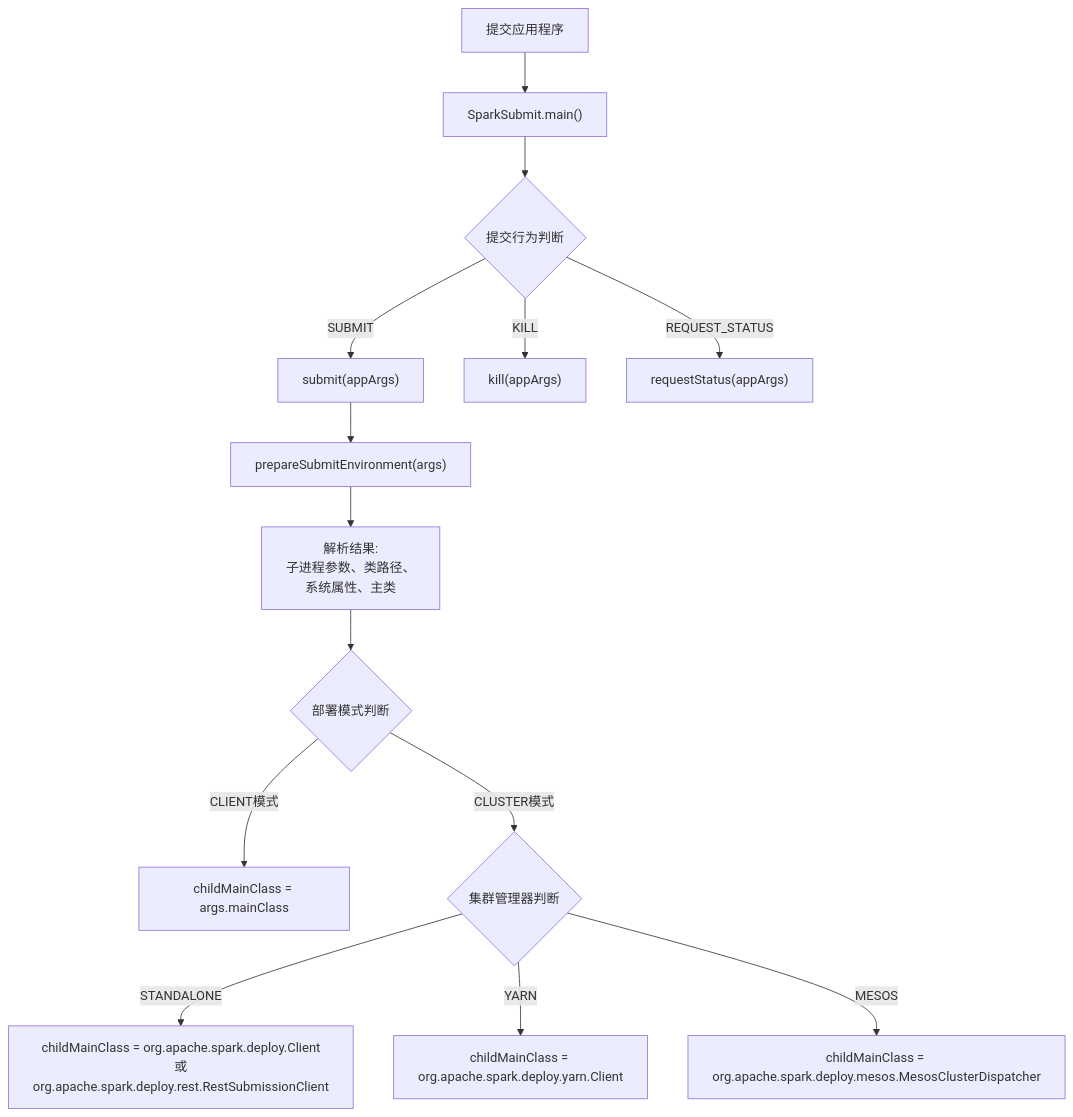
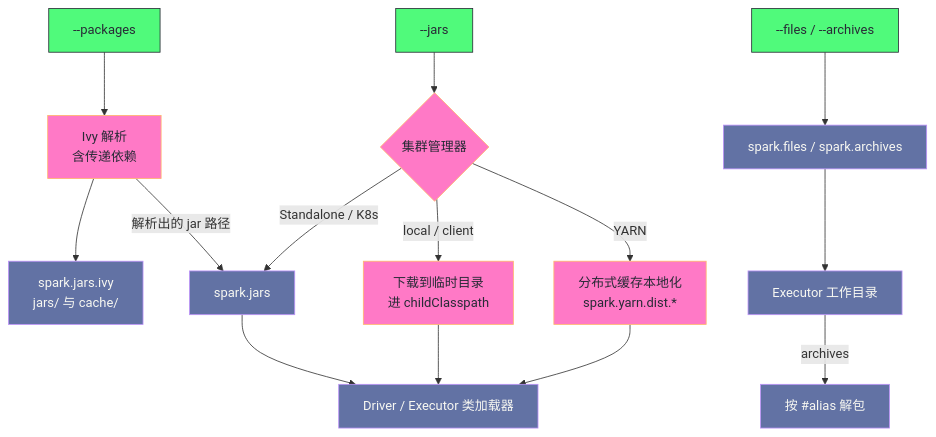
One commit to hpliStartAgain/my-brain changed the third of 5 diagrams in content/大数据/Spark/读书笔记-spark内核/02_系统架构与运行机制/5. Spark_Application_提交机制.md. Above: the diagram before and after it, drawn with Mermaid. The commit also changed other lines of this file and 259 other files, not shown here.

````diff
--- a/content/大数据/Spark/读书笔记-spark内核/02_系统架构与运行机制/5. Spark_Application_提交机制.md
+++ b/content/大数据/Spark/读书笔记-spark内核/02_系统架构与运行机制/5. Spark_Application_提交机制.md
@@ -217,18 +335,26 @@
 ```mermaid
+%%{init: {'theme': 'dracula'}}%%
 flowchart TD
-    A["提交应用程序"] --> B["SparkSubmit.main()"]
-    B --> C{"提交行为判断"}
-    C -->|"SUBMIT"| D["submit(appArgs)"]
-    C -->|"KILL"| E["kill(appArgs)"]
-    C -->|"REQUEST_STATUS"| F["requestStatus(appArgs)"]
-    
-    D --> G["prepareSubmitEnvironment(args)"]
-    G --> H["解析结果:<br>子进程参数、类路径、<br>系统属性、主类"]
-    H --> I{"部署模式判断"}
-    I -->|"CLIENT模式"| J["childMainClass = args.mainClass"]
-    I -->|"CLUSTER模式"| K{"集群管理器判断"}
-    
-    K -->|"STANDALONE"| L["childMainClass = org.apache.spark.deploy.Client<br>或org.apache.spark.deploy.rest.RestSubmissionClient"]
-    K -->|"YARN"| M["childMainClass = org.apache.spark.deploy.yarn.Client"]
-    K -->|"MESOS"| N["childMainClass = org.apache.spark.deploy.mesos.MesosClusterDispatcher"]
+    A["--jars"] --> B{"集群管理器"}
+    A2["--files / --archives"] --> C["spark.files / spark.archives"]
+    A3["--packages"] --> D["Ivy 解析<br/>含传递依赖"]
+    D --> E["spark.jars.ivy<br/>jars/ 与 cache/"]
+    D -->|"解析出的 jar 路径"| F["spark.jars"]
+
+    B -->|local / client| G["下载到临时目录<br/>进 childClasspath"]
+    B -->|Standalone / K8s| F
+    B -->|YARN| H["分布式缓存本地化<br/>spark.yarn.dist.*"]
+
+    C --> I["Executor 工作目录"]
+    I -->|archives| J["按 #alias 解包"]
+    F --> K["Driver / Executor 类加载器"]
+    G --> K
+    H --> K
+
+    classDef param fill:#50fa7b,stroke:#282a36,color:#282a36
+    classDef store fill:#6272a4,stroke:#bd93f9,color:#f8f8f2
+    classDef warn fill:#ff79c6,stroke:#ffb86c,color:#282a36
+    class A,A2,A3 param
+    class C,E,F,I,J,K store
+    class B,D,G,H warn
 ```
````
